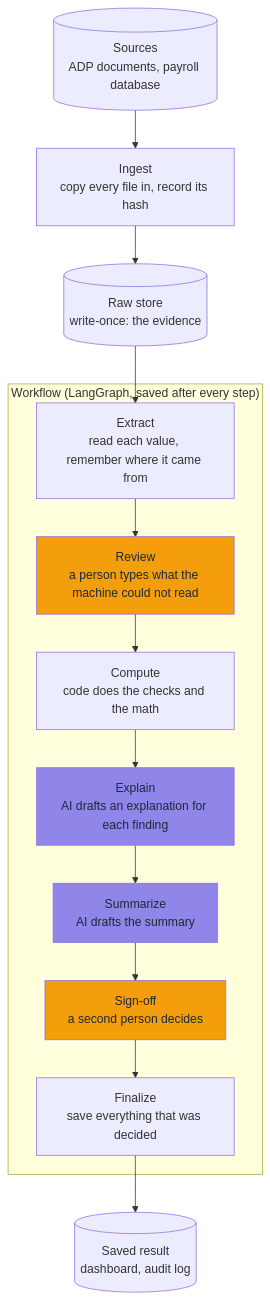
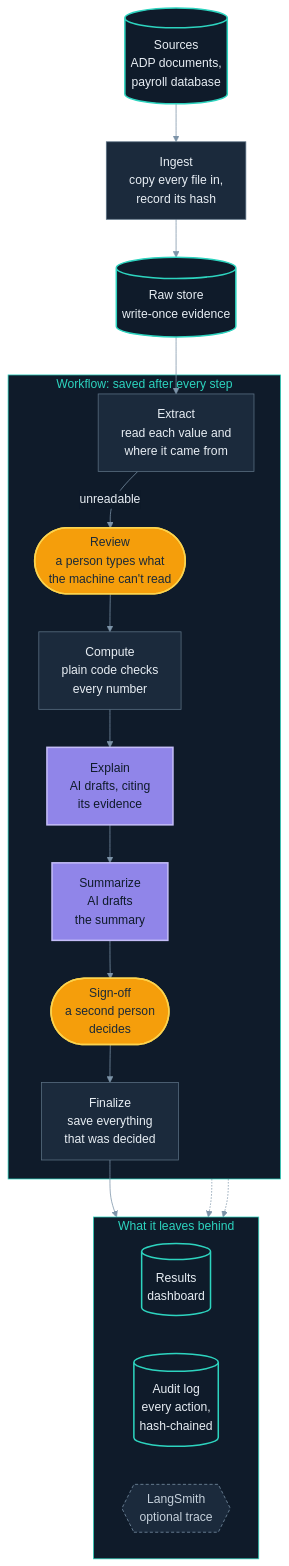
One commit to njagicollins/tax-doc-analysis-agent changed the diagram in README.md. Above: the diagram before and after it, drawn with Mermaid. The commit also changed other lines of this file, not shown here.

Commit message:
Give the README diagram its own colours and the audit log

````diff
--- a/README.md
+++ b/README.md
@@ -12,21 +14,42 @@
 ```mermaid
+%%{init: {"theme": "base", "themeVariables": {"primaryColor": "#1B2A3C", "primaryTextColor": "#E8EEF4", "primaryBorderColor": "#5B7083", "lineColor": "#7C93A8", "clusterBkg": "#0F1B2A", "clusterBorder": "#2DD4BF", "titleColor": "#2DD4BF", "edgeLabelBackground": "#0F1B2A"}}}%%
 flowchart TD
-    sources[("Sources<br/>ADP documents, payroll database")] --> ingest["Ingest<br/>copy every file in, record its hash"]
-    ingest --> raw[("Raw store<br/>write-once: the evidence")]
-    raw --> extract
-    subgraph workflow ["Workflow (LangGraph, saved after every step)"]
-        extract["Extract<br/>read each value, remember where it came from"]
-        extract --> human_review["Review<br/>a person types what the machine could not read"]
-        human_review --> compute["Compute<br/>code does the checks and the math"]
-        compute --> explain["Explain<br/>AI drafts an explanation for each finding"]
-        explain --> summarize["Summarize<br/>AI drafts the summary"]
-        summarize --> sign_off["Sign-off<br/>a second person decides"]
-        sign_off --> finalize["Finalize<br/>save everything that was decided"]
+    sources[("Sources<br/>ADP documents,<br/>payroll database")]
+    ingest["Ingest<br/>copy every file in,<br/>record its hash"]
+    raw[("Raw store<br/>write-once evidence")]
+    sources --> ingest --> raw --> extract
+
+    subgraph workflow ["Workflow: saved after every step"]
+        extract["Extract<br/>read each value and<br/>where it came from"]
+        human_review(["Review<br/>a person types what<br/>the machine can't read"])
+        compute["Compute<br/>plain code checks<br/>every number"]
+        explain["Explain<br/>AI drafts, citing<br/>its evidence"]
+        summarize["Summarize<br/>AI drafts<br/>the summary"]
+        sign_off(["Sign-off<br/>a second person<br/>decides"])
+        finalize["Finalize<br/>save everything<br/>that was decided"]
+        extract -- "unreadable" --> human_review
+        human_review --> compute --> explain --> summarize --> sign_off --> finalize
     end
-    finalize --> result[("Saved result<br/>dashboard, audit log")]
 
-    classDef person fill:#F59E0B,color:#1B2A38
-    classDef ai fill:#9085E9,color:#1B2A38
+    subgraph records ["What it leaves behind"]
+        direction LR
+        results[("Results<br/>dashboard")]
+        audit[("Audit log<br/>every action,<br/>hash-chained")]
+        langsmith{{"LangSmith<br/>optional trace"}}
+    end
+
+    finalize --> results
+    workflow -.-> audit
+    workflow -.-> langsmith
+
+    classDef person fill:#F59E0B,stroke:#FCD34D,color:#1B2A38,stroke-width:2px
+    classDef ai fill:#9085E9,stroke:#C4BDF8,color:#0F1B2A,stroke-width:2px
+    classDef store fill:#0F1B2A,stroke:#2DD4BF,color:#E8EEF4,stroke-width:2px
+    classDef step fill:#1B2A3C,stroke:#5B7083,color:#E8EEF4
+    classDef outside fill:#1B2A3C,stroke:#7C93A8,color:#C5D0DB,stroke-dasharray:4 3
     class human_review,sign_off person
     class explain,summarize ai
+    class sources,raw,results,audit store
+    class ingest,extract,compute,finalize step
+    class langsmith outside
 ```
````
